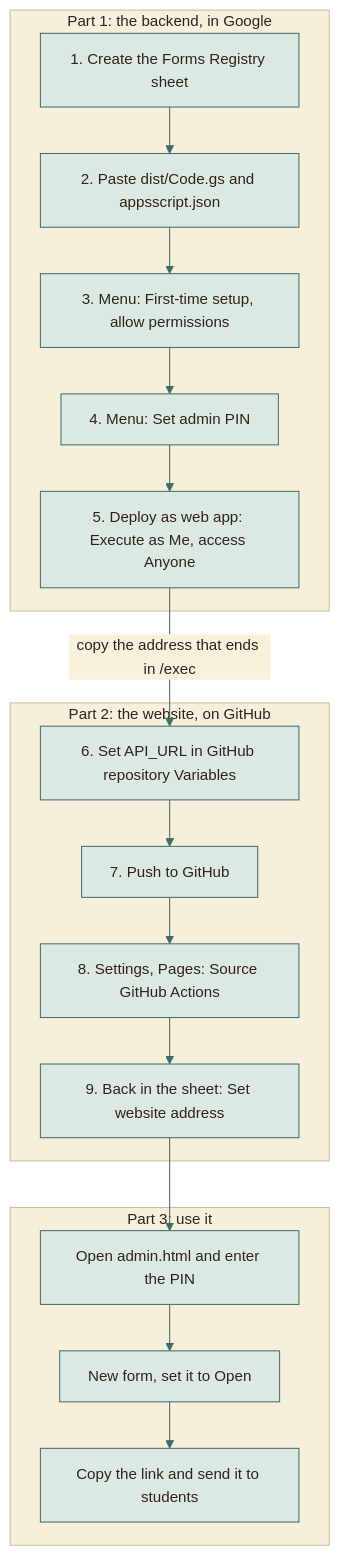
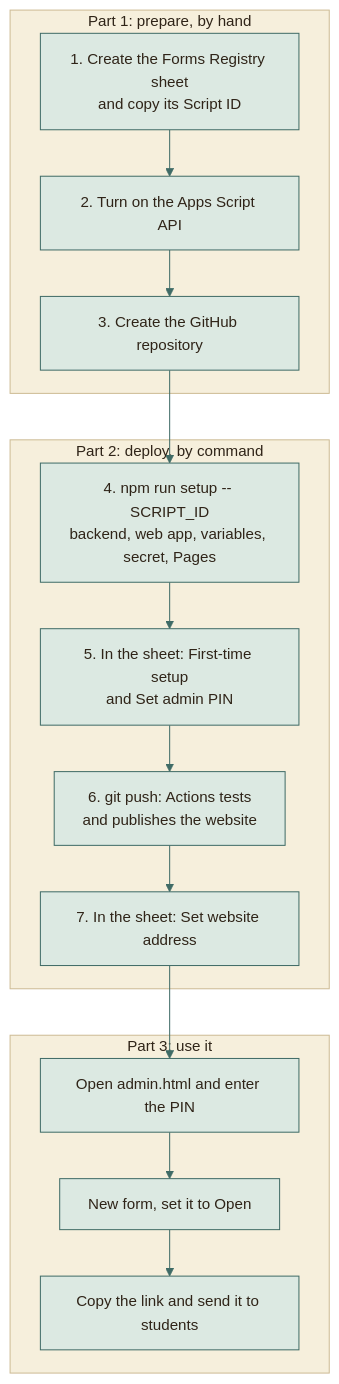
Before and after one commit to moyeh04/forms-platform: the diagram in docs/DEPLOY.md, drawn with Mermaid. The commit also changed other lines of this file and 3 other files, not shown here.

First line of the commit message:
docs(deploy): Rewrite the first deployment around npm run setup

````diff
--- a/docs/DEPLOY.md
+++ b/docs/DEPLOY.md
@@ -16,48 +20,46 @@
 ```mermaid
 %%{init: {
   'theme': 'base',
   'themeVariables': {
     'fontFamily': 'ui-sans-serif, system-ui, -apple-system, Segoe UI, Roboto, sans-serif',
     'fontSize': '15px',
     'primaryColor': '#DCE9E2', 'primaryBorderColor': '#3F6B66', 'primaryTextColor': '#2F2418',
     'secondaryColor': '#F0E4C8', 'secondaryBorderColor': '#C9A24A', 'secondaryTextColor': '#2F2418',
     'tertiaryColor': '#F6EFDC', 'tertiaryBorderColor': '#CDBB94', 'tertiaryTextColor': '#2F2418',
     'lineColor': '#3F6B66', 'textColor': '#2F2418', 'mainBkg': '#DCE9E2', 'nodeBorder': '#3F6B66',
     'clusterBkg': '#F6EFDC', 'clusterBorder': '#CDBB94', 'titleColor': '#2F2418',
     'edgeLabelBackground': '#F8F1DD',
     'actorBkg': '#DCE9E2', 'actorBorder': '#3F6B66', 'actorTextColor': '#2F2418', 'actorLineColor': '#8FB3AB',
     'signalColor': '#477A73', 'signalTextColor': '#477A73',
     'labelBoxBkgColor': '#F0E4C8', 'labelBoxBorderColor': '#C9A24A', 'labelTextColor': '#2F2418', 'loopTextColor': '#6A5A44',
     'noteBkgColor': '#FBEFC9', 'noteBorderColor': '#C9A24A', 'noteTextColor': '#2F2418',
     'activationBkgColor': '#DCE9E2', 'activationBorderColor': '#3F6B66', 'sequenceNumberColor': '#F8F1DD',
     'transitionColor': '#3F6B66', 'stateLabelColor': '#2F2418', 'stateBkg': '#DCE9E2', 'altBackground': '#F6EFDC',
     'attributeBackgroundColorOdd': '#F8F1DD', 'attributeBackgroundColorEven': '#F0E4C8'
   },
   'flowchart': {'curve': 'basis', 'padding': 14, 'nodeSpacing': 40, 'rankSpacing': 46},
   'sequence': {'mirrorActors': false, 'messageMargin': 34, 'boxMargin': 8}
 }}%%
 flowchart TD
-    subgraph P1["Part 1: the backend, in Google"]
-        a1["1. Create the Forms Registry sheet"] --> a2["2. Paste dist/Code.gs and appsscript.json"]
-        a2 --> a3["3. Menu: First-time setup, allow permissions"]
-        a3 --> a4["4. Menu: Set admin PIN"]
-        a4 --> a5["5. Deploy as web app: Execute as Me, access Anyone"]
+    subgraph P1["Part 1: prepare, by hand"]
+        a1["1. Create the Forms Registry sheet<br/>and copy its Script ID"] --> a2["2. Turn on the Apps Script API"]
+        a2 --> a3["3. Create the GitHub repository"]
     end
-    a5 -- "copy the address that ends in /exec" --> b1
-    subgraph P2["Part 2: the website, on GitHub"]
-        b1["6. Set API_URL in GitHub repository Variables"] --> b2["7. Push to GitHub"]
-        b2 --> b3["8. Settings, Pages: Source GitHub Actions"]
-        b3 --> b4["9. Back in the sheet: Set website address"]
+    a3 --> b1
+    subgraph P2["Part 2: deploy, by command"]
+        b1["4. npm run setup -- SCRIPT_ID<br/>backend, web app, variables, secret, Pages"] --> b2["5. In the sheet: First-time setup<br/>and Set admin PIN"]
+        b2 --> b3["6. git push: Actions tests<br/>and publishes the website"]
+        b3 --> b4["7. In the sheet: Set website address"]
     end
     b4 --> c1
     subgraph P3["Part 3: use it"]
         c1["Open admin.html and enter the PIN"] --> c2["New form, set it to Open"]
         c2 --> c3["Copy the link and send it to students"]
     end
     classDef cDb fill:#F3E2B3,stroke:#B8892D,stroke-width:1.5px,color:#2F2418
     classDef cActor fill:#F4D9D3,stroke:#9A3328,stroke-width:1.5px,color:#2F2418
     classDef cDec fill:#FBEFC9,stroke:#C9A24A,stroke-width:1.5px,color:#2F2418
     classDef cEnd fill:#2F2418,stroke:#2F2418,color:#F8F1DD
     classDef cErr fill:#F6D5CF,stroke:#A12B1F,stroke-width:1.5px,color:#5A140C
     classDef cOk fill:#BFD9CF,stroke:#2E5A55,stroke-width:1.5px,color:#17302D
 ```
````
